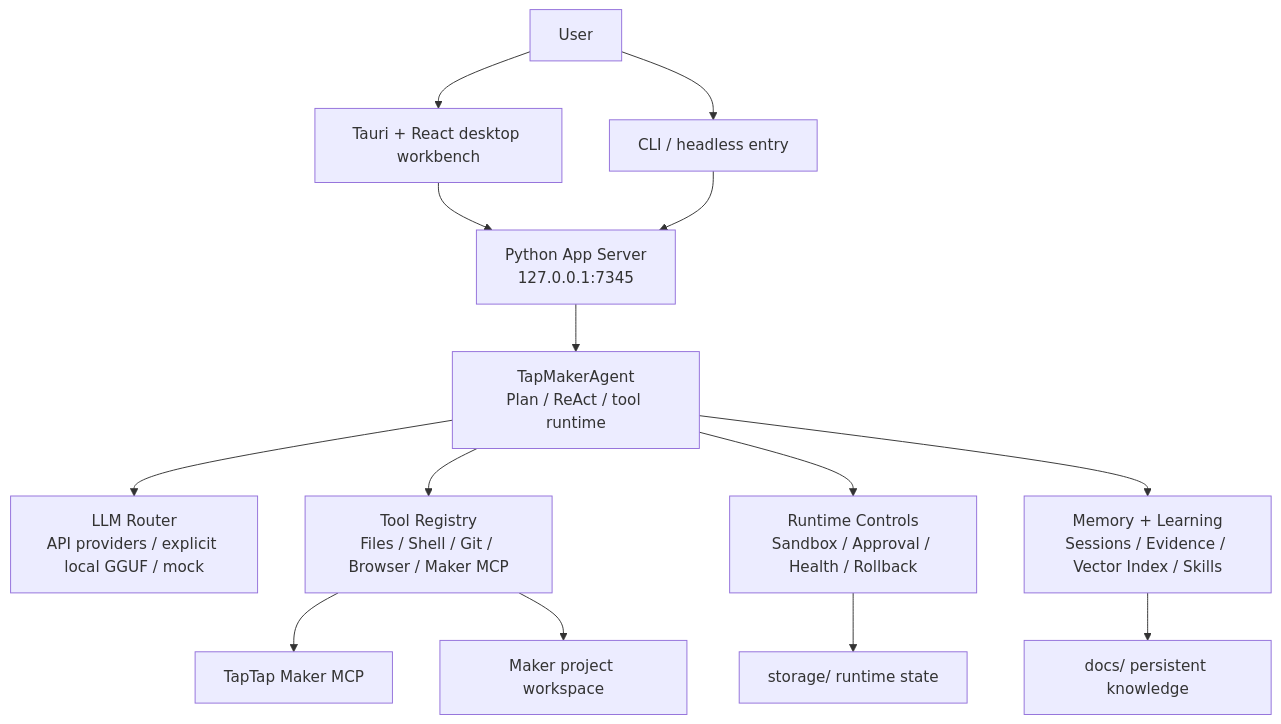
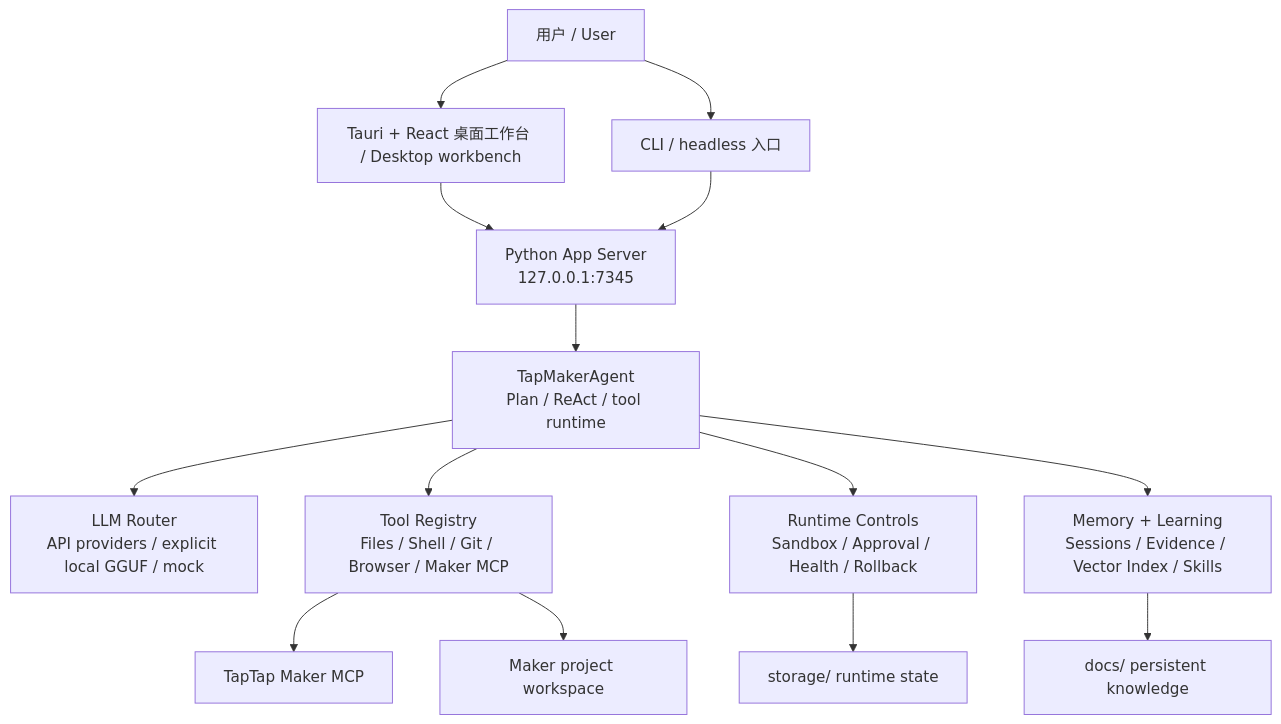
The diagram in README.md (KingSystemHaiGo/TTMEvolve), drawn with Mermaid before and after one commit. The commit also changed other lines of this file and 1 other file, not shown here.

````diff
--- a/README.md
+++ b/README.md
@@ -54,19 +68,19 @@
 ```mermaid
 flowchart TB
-    User["User"] --> GUI["Tauri + React desktop workbench"]
-    User --> CLI["CLI / headless entry"]
+    User["用户 / User"] --> GUI["Tauri + React 桌面工作台 / Desktop workbench"]
+    User --> CLI["CLI / headless 入口"]
 
     GUI --> Server["Python App Server<br/>127.0.0.1:7345"]
     CLI --> Server
 
     Server --> Agent["TapMakerAgent<br/>Plan / ReAct / tool runtime"]
     Agent --> LLM["LLM Router<br/>API providers / explicit local GGUF / mock"]
     Agent --> Tools["Tool Registry<br/>Files / Shell / Git / Browser / Maker MCP"]
     Agent --> Runtime["Runtime Controls<br/>Sandbox / Approval / Health / Rollback"]
     Agent --> Memory["Memory + Learning<br/>Sessions / Evidence / Vector Index / Skills"]
 
     Tools --> Maker["TapTap Maker MCP"]
     Tools --> Project["Maker project workspace"]
     Runtime --> Storage["storage/ runtime state"]
     Memory --> Docs["docs/ persistent knowledge"]
 ```
````
